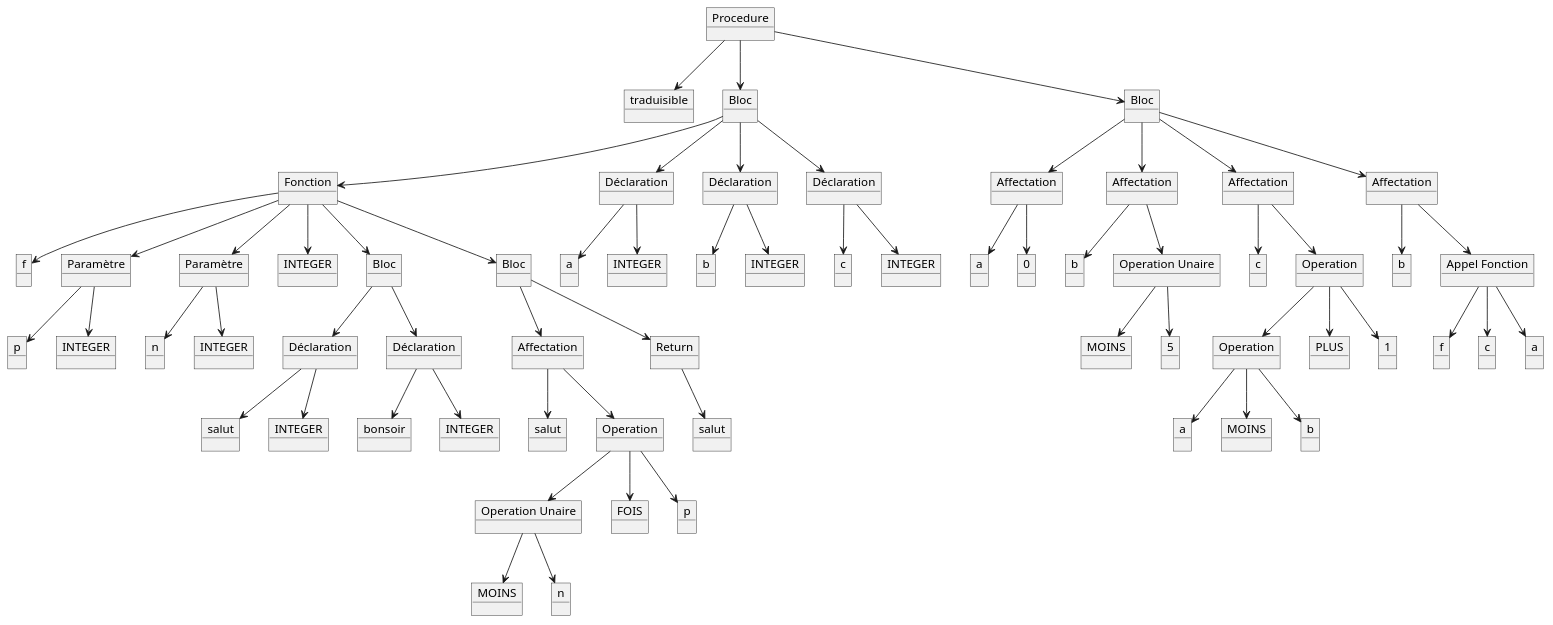
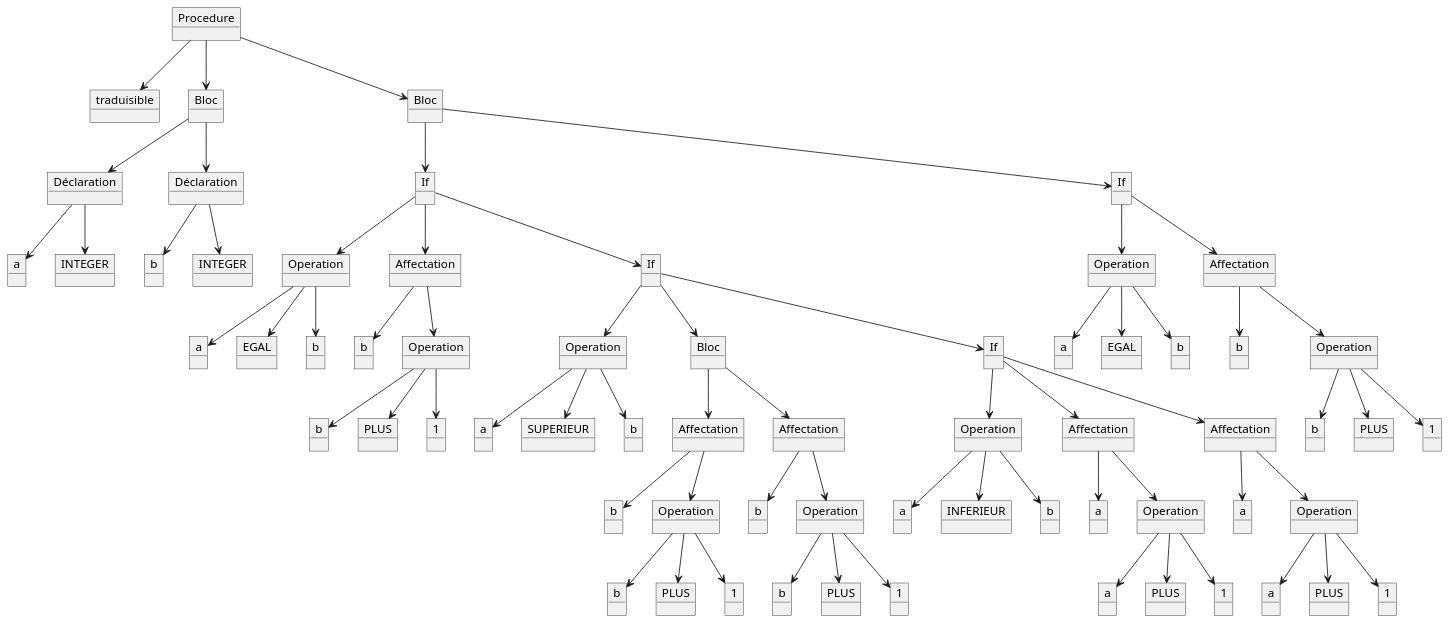
One commit to LeBoufty/pcl changed the diagram in Programmes/Fonctionne/traduisible.adb.ast.pu. Above: the diagram before and after it, drawn with PlantUML. The commit also changed 3 other files, not shown here.

```diff
--- a/Programmes/Fonctionne/traduisible.adb.ast.pu
+++ b/Programmes/Fonctionne/traduisible.adb.ast.pu
@@ -1,127 +1,135 @@
 @startuml ArbreSyntaxique
 object "Procedure" as Procedure
 object "traduisible" as traduisible
 object "Bloc" as Bloc
-object "Bloc" as Bloc3
-object "Fonction" as Fonction
-object "Déclaration" as Declaration2
-object "Déclaration" as Declaration3
-object "Déclaration" as Declaration4
+object "Bloc" as Bloc1
+object "Déclaration" as Declaration
+object "Déclaration" as Declaration1
+object "If" as InstructionIf
+object "If" as InstructionIf3
+object "a" as a
+object "INTEGER" as INTEGER
+object "b" as b
+object "INTEGER" as INTEGER_
+object "Operation" as Operation
+object "Affectation" as Affectation
+object "If" as InstructionIf1
+object "Operation" as Operation8
+object "Affectation" as Affectation5
+object "a" as a_
+object "EGAL" as EGAL
+object "b" as b_
+object "b" as b__
+object "Operation" as Operation1
+object "Operation" as Operation2
+object "Bloc" as Bloc2
+object "If" as InstructionIf2
+object "a" as a________
+object "EGAL" as EGAL_
+object "b" as b__________
+object "b" as b___________
+object "Operation" as Operation9
+object "b" as b___
+object "PLUS" as PLUS
+object "1" as 1
+object "a" as a__
+object "SUPERIEUR" as SUPERIEUR
+object "b" as b____
 object "Affectation" as Affectation1
 object "Affectation" as Affectation2
+object "Operation" as Operation5
 object "Affectation" as Affectation3
 object "Affectation" as Affectation4
-object "f" as f
-object "Paramètre" as Parametre
-object "Paramètre" as Parametre1
-object "INTEGER" as INTEGER__
-object "Bloc" as Bloc1
-object "Bloc" as Bloc2
-object "a" as a
-object "INTEGER" as INTEGER_____
-object "b" as b
-object "INTEGER" as INTEGER______
-object "c" as c
-object "INTEGER" as INTEGER_______
-object "a" as a_
-object "0" as 0
-object "b" as b_
-object "Operation Unaire" as OperationUnaire1
-object "c" as c_
-object "Operation" as Operation1
-object "b" as b___
-object "Appel Fonction" as AppelFonction
-object "p" as p
-object "INTEGER" as INTEGER
-object "n" as n
-object "INTEGER" as INTEGER_
-object "Déclaration" as Declaration
-object "Déclaration" as Declaration1
-object "Affectation" as Affectation
-object "Return" as Return
-object "MOINS" as MOINS_
-object "5" as 5
-object "Operation" as Operation2
-object "PLUS" as PLUS
-object "1" as 1
-object "f" as f_
-object "c" as c__
+object "b" as b____________
+object "PLUS" as PLUS_____
+object "1" as 1_____
+object "b" as b_____
+object "Operation" as Operation3
+object "b" as b_______
+object "Operation" as Operation4
 object "a" as a___
-object "salut" as salut
-object "INTEGER" as INTEGER___
-object "bonsoir" as bonsoir
-object "INTEGER" as INTEGER____
-object "salut" as salut_
-object "Operation" as Operation
-object "salut" as salut__
-object "a" as a__
-object "MOINS" as MOINS__
-object "b" as b__
-object "Operation Unaire" as OperationUnaire
-object "FOIS" as FOIS
-object "p" as p_
-object "MOINS" as MOINS
-object "n" as n_
+object "INFERIEUR" as INFERIEUR
+object "b" as b_________
+object "a" as a____
+object "Operation" as Operation6
+object "a" as a______
+object "Operation" as Operation7
+object "b" as b______
+object "PLUS" as PLUS_
+object "1" as 1_
+object "b" as b________
+object "PLUS" as PLUS__
+object "1" as 1__
+object "a" as a_____
+object "PLUS" as PLUS___
+object "1" as 1___
+object "a" as a_______
+object "PLUS" as PLUS____
+object "1" as 1____
 Procedure -down-> traduisible
 Procedure -down-> Bloc
-Procedure -down-> Bloc3
-Bloc -down-> Fonction
-Bloc -down-> Declaration2
-Bloc -down-> Declaration3
-Bloc -down-> Declaration4
-Bloc3 -down-> Affectation1
-Bloc3 -down-> Affectation2
-Bloc3 -down-> Affectation3
-Bloc3 -down-> Affectation4
-Fonction -down-> f
-Fonction -down-> Parametre
-Fonction -down-> Parametre1
-Fonction -down-> INTEGER__
-Fonction -down-> Bloc1
-Fonction -down-> Bloc2
-Declaration2 -down-> a
-Declaration2 -down-> INTEGER_____
-Declaration3 -down-> b
-Declaration3 -down-> INTEGER______
-Declaration4 -down-> c
-Declaration4 -down-> INTEGER_______
-Affectation1 -down-> a_
-Affectation1 -down-> 0
-Affectation2 -down-> b_
-Affectation2 -down-> OperationUnaire1
-Affectation3 -down-> c_
-Affectation3 -down-> Operation1
-Affectation4 -down-> b___
-Affectation4 -down-> AppelFonction
-Parametre -down-> p
-Parametre -down-> INTEGER
-Parametre1 -down-> n
-Parametre1 -down-> INTEGER_
-Bloc1 -down-> Declaration
-Bloc1 -down-> Declaration1
-Bloc2 -down-> Affectation
-Bloc2 -down-> Return
-OperationUnaire1 -down-> MOINS_
-OperationUnaire1 -down-> 5
-Operation1 -down-> Operation2
+Procedure -down-> Bloc1
+Bloc -down-> Declaration
+Bloc -down-> Declaration1
+Bloc1 -down-> InstructionIf
+Bloc1 -down-> InstructionIf3
+Declaration -down-> a
+Declaration -down-> INTEGER
+Declaration1 -down-> b
+Declaration1 -down-> INTEGER_
+InstructionIf -down-> Operation
+InstructionIf -down-> Affectation
+InstructionIf -down-> InstructionIf1
+InstructionIf3 -down-> Operation8
+InstructionIf3 -down-> Affectation5
+Operation -down-> a_
+Operation -down-> EGAL
+Operation -down-> b_
+Affectation -down-> b__
+Affectation -down-> Operation1
+InstructionIf1 -down-> Operation2
+InstructionIf1 -down-> Bloc2
+InstructionIf1 -down-> InstructionIf2
+Operation8 -down-> a________
+Operation8 -down-> EGAL_
+Operation8 -down-> b__________
+Affectation5 -down-> b___________
+Affectation5 -down-> Operation9
+Operation1 -down-> b___
 Operation1 -down-> PLUS
 Operation1 -down-> 1
-AppelFonction -down-> f_
-AppelFonction -down-> c__
-AppelFonction -down-> a___
-Declaration -down-> salut
-Declaration -down-> INTEGER___
-Declaration1 -down-> bonsoir
-Declaration1 -down-> INTEGER____
-Affectation -down-> salut_
-Affectation -down-> Operation
-Return -down-> salut__
 Operation2 -down-> a__
-Operation2 -down-> MOINS__
-Operation2 -down-> b__
-Operation -down-> OperationUnaire
-Operation -down-> FOIS
-Operation -down-> p_
-OperationUnaire -down-> MOINS
-OperationUnaire -down-> n_
+Operation2 -down-> SUPERIEUR
+Operation2 -down-> b____
+Bloc2 -down-> Affectation1
+Bloc2 -down-> Affectation2
+InstructionIf2 -down-> Operation5
+InstructionIf2 -down-> Affectation3
+InstructionIf2 -down-> Affectation4
+Operation9 -down-> b____________
+Operation9 -down-> PLUS_____
+Operation9 -down-> 1_____
+Affectation1 -down-> b_____
+Affectation1 -down-> Operation3
+Affectation2 -down-> b_______
+Affectation2 -down-> Operation4
+Operation5 -down-> a___
+Operation5 -down-> INFERIEUR
+Operation5 -down-> b_________
+Affectation3 -down-> a____
+Affectation3 -down-> Operation6
+Affectation4 -down-> a______
+Affectation4 -down-> Operation7
+Operation3 -down-> b______
+Operation3 -down-> PLUS_
+Operation3 -down-> 1_
+Operation4 -down-> b________
+Operation4 -down-> PLUS__
+Operation4 -down-> 1__
+Operation6 -down-> a_____
+Operation6 -down-> PLUS___
+Operation6 -down-> 1___
+Operation7 -down-> a_______
+Operation7 -down-> PLUS____
+Operation7 -down-> 1____
 @enduml
```
